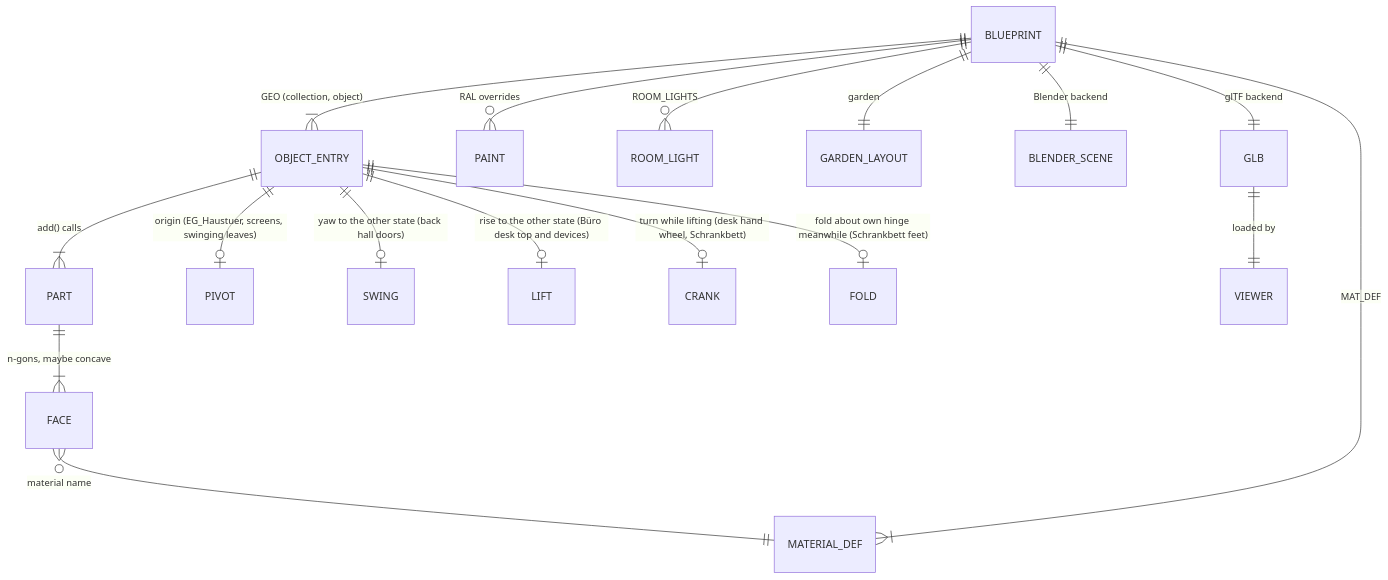
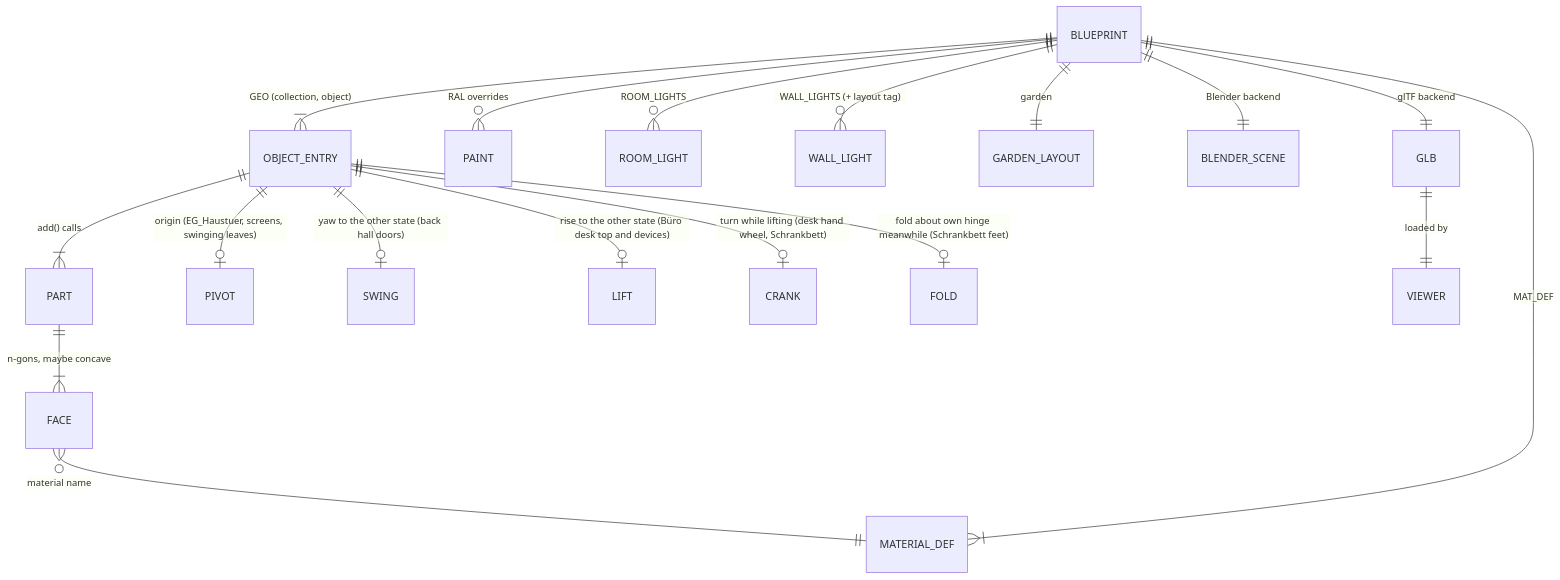
One commit to tillg/frechen_blender changed the second of 5 diagrams in specs/system/domain.md. Above: the diagram before and after it, drawn with Mermaid. The commit also changed other lines of this file and 3 other files, not shown here.

Commit message:
Lampen im EG (#22) and Wandlampen im OG (#19) in specs/system: Wandlampe, wall lights with layout tags, Haubenspots, fill light only in the Speis

````diff
--- a/specs/system/domain.md
+++ b/specs/system/domain.md
@@ -124,19 +126,20 @@
 ```mermaid
 erDiagram
     BLUEPRINT ||--|{ OBJECT_ENTRY : "GEO (collection, object)"
     OBJECT_ENTRY ||--|{ PART : "add() calls"
     PART ||--|{ FACE : "n-gons, maybe concave"
     FACE }o--|| MATERIAL_DEF : "material name"
     BLUEPRINT ||--|{ MATERIAL_DEF : MAT_DEF
     BLUEPRINT ||--o{ PAINT : "RAL overrides"
     BLUEPRINT ||--o{ ROOM_LIGHT : ROOM_LIGHTS
+    BLUEPRINT ||--o{ WALL_LIGHT : "WALL_LIGHTS (+ layout tag)"
     BLUEPRINT ||--|| GARDEN_LAYOUT : garden
     OBJECT_ENTRY ||--o| PIVOT : "origin (EG_Haustuer, screens, swinging leaves)"
     OBJECT_ENTRY ||--o| SWING : "yaw to the other state (back hall doors)"
     OBJECT_ENTRY ||--o| LIFT : "rise to the other state (Büro desk top and devices)"
     OBJECT_ENTRY ||--o| CRANK : "turn while lifting (desk hand wheel, Schrankbett)"
     OBJECT_ENTRY ||--o| FOLD : "fold about own hinge meanwhile (Schrankbett feet)"
     BLUEPRINT ||--|| BLENDER_SCENE : "Blender backend"
     BLUEPRINT ||--|| GLB : "glTF backend"
     GLB ||--|| VIEWER : "loaded by"
 ```
````
